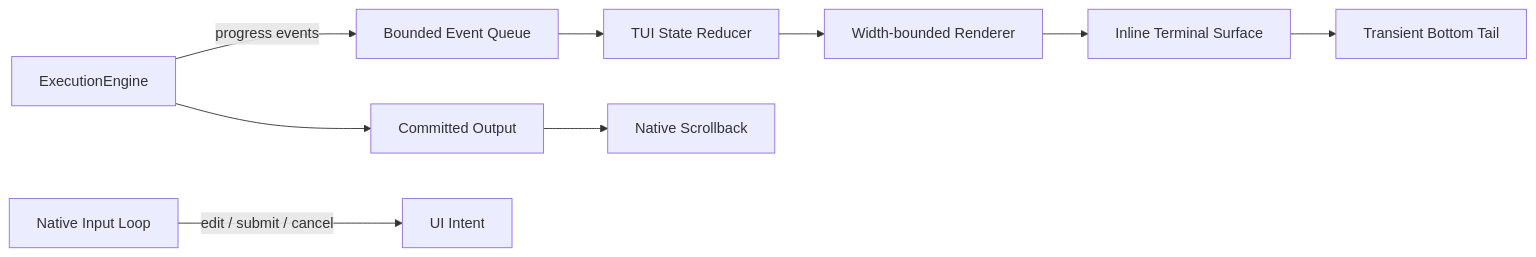
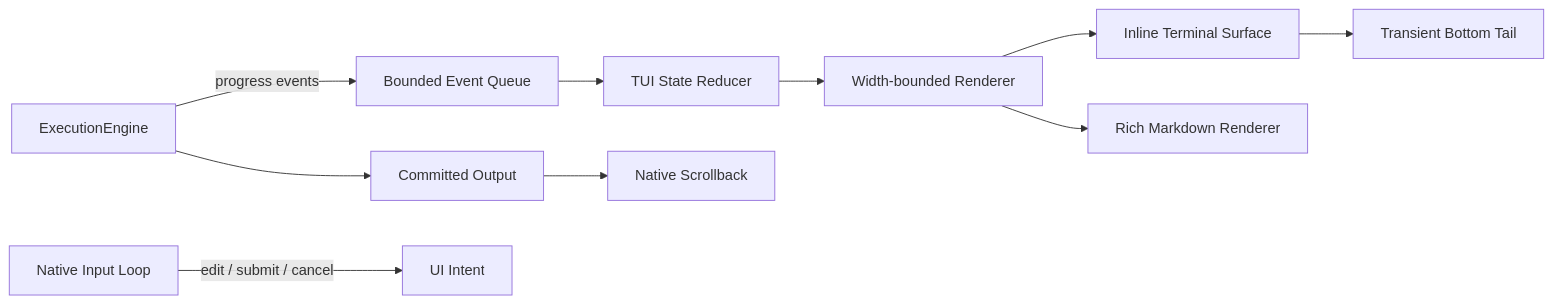
Before and after one commit to yuanchangsai77/testcode: the diagram in docs/tui_design_and_architecture.md, drawn with Mermaid. The commit also changed other lines of this file and 6 other files, not shown here.

````diff
--- a/docs/tui_design_and_architecture.md
+++ b/docs/tui_design_and_architecture.md
@@ -96,11 +96,12 @@
 ```mermaid
 flowchart LR
     ENGINE[ExecutionEngine] -->|progress events| QUEUE[Bounded Event Queue]
     INPUT[Native Input Loop] -->|edit / submit / cancel| INTENT[UI Intent]
     QUEUE --> REDUCER[TUI State Reducer]
     REDUCER --> RENDERER[Width-bounded Renderer]
     RENDERER --> SURFACE[Inline Terminal Surface]
+    RENDERER --> RICH[Rich Markdown Renderer]
     SURFACE --> TAIL[Transient Bottom Tail]
     ENGINE --> STABLE[Committed Output]
     STABLE --> SCROLLBACK[Native Scrollback]
 ```
````
